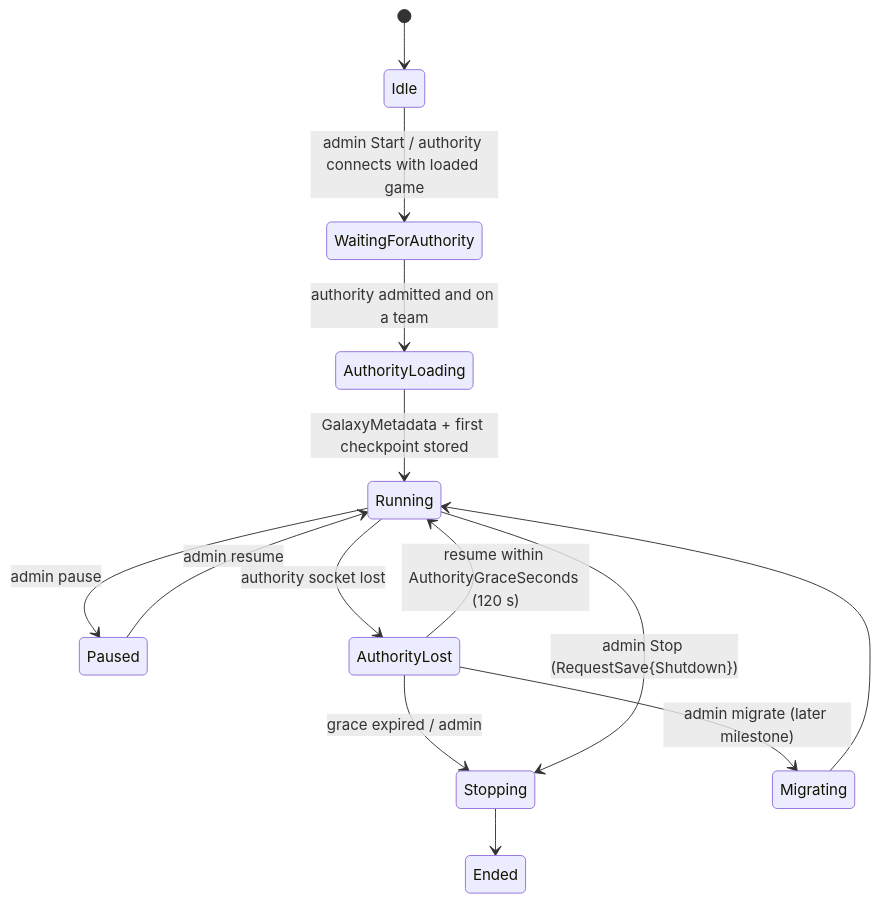
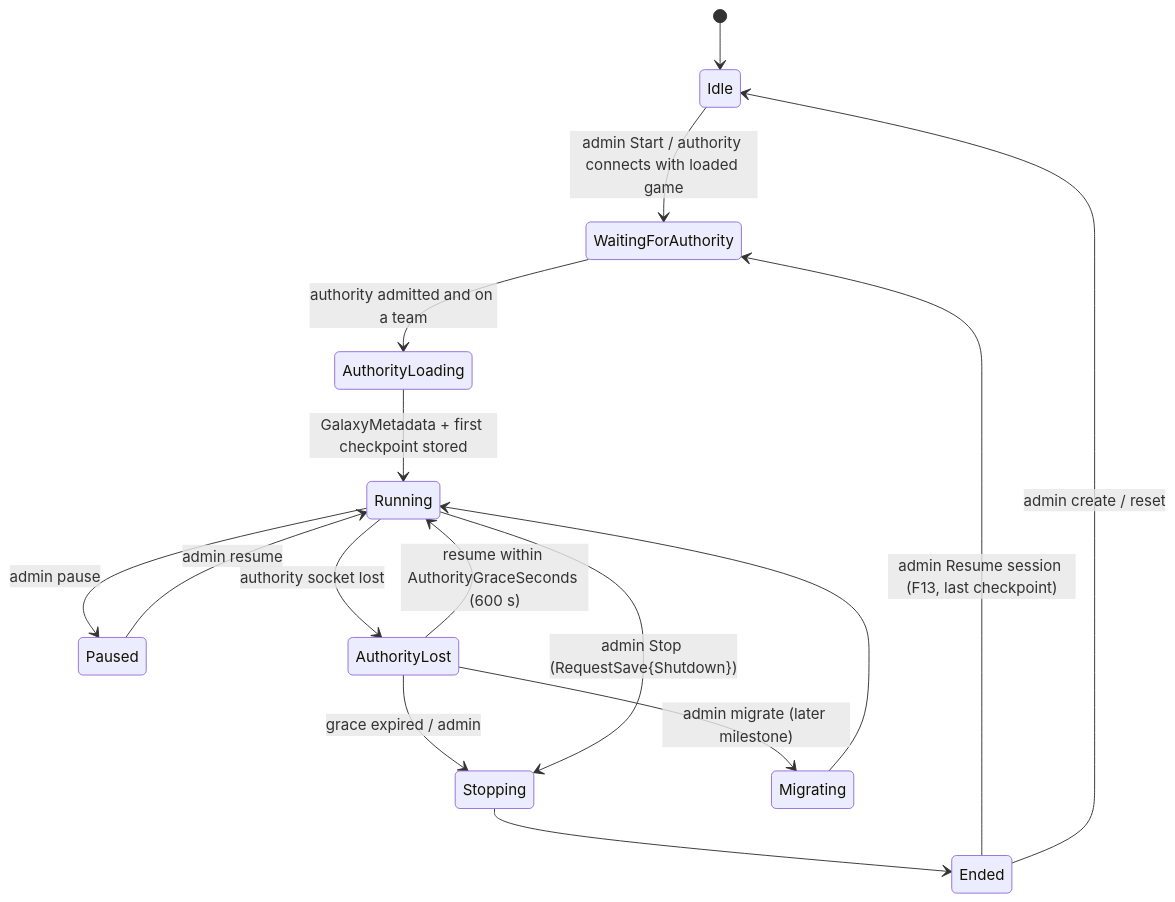
The second of 2 diagrams in docs/architecture.md (mercurynova/X4-Multiplayer), drawn with Mermaid before and after one commit. The commit also changed 23 other files, not shown here.

First line of the commit message:
F13: authority grace default 600 s and admin resume of an Ended session from its last checkpoint

````diff
--- a/docs/architecture.md
+++ b/docs/architecture.md
@@ -95,16 +95,18 @@
 ```mermaid
 stateDiagram-v2
   [*] --> Idle
   Idle --> WaitingForAuthority: admin Start / authority connects with loaded game
   WaitingForAuthority --> AuthorityLoading: authority admitted and on a team
   AuthorityLoading --> Running: GalaxyMetadata + first checkpoint stored
   Running --> Paused: admin pause
   Paused --> Running: admin resume
   Running --> AuthorityLost: authority socket lost
-  AuthorityLost --> Running: resume within AuthorityGraceSeconds (120 s)
+  AuthorityLost --> Running: resume within AuthorityGraceSeconds (600 s)
   AuthorityLost --> Stopping: grace expired / admin
   AuthorityLost --> Migrating: admin migrate (later milestone)
   Migrating --> Running
   Running --> Stopping: admin Stop (RequestSave{Shutdown})
   Stopping --> Ended
+  Ended --> WaitingForAuthority: admin Resume session (F13, last checkpoint)
+  Ended --> Idle: admin create / reset
 ```
````
